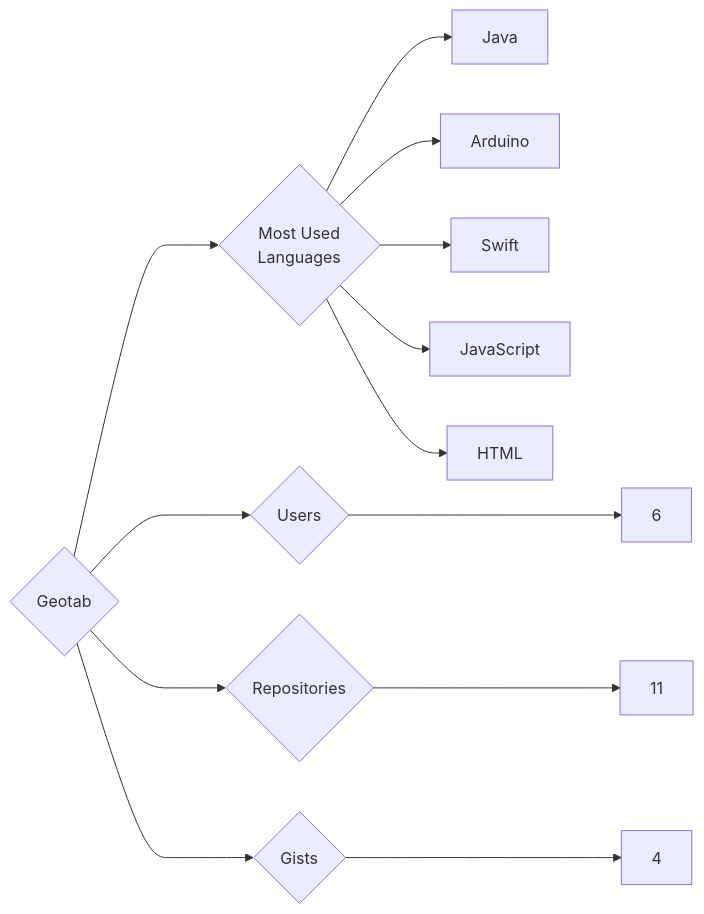
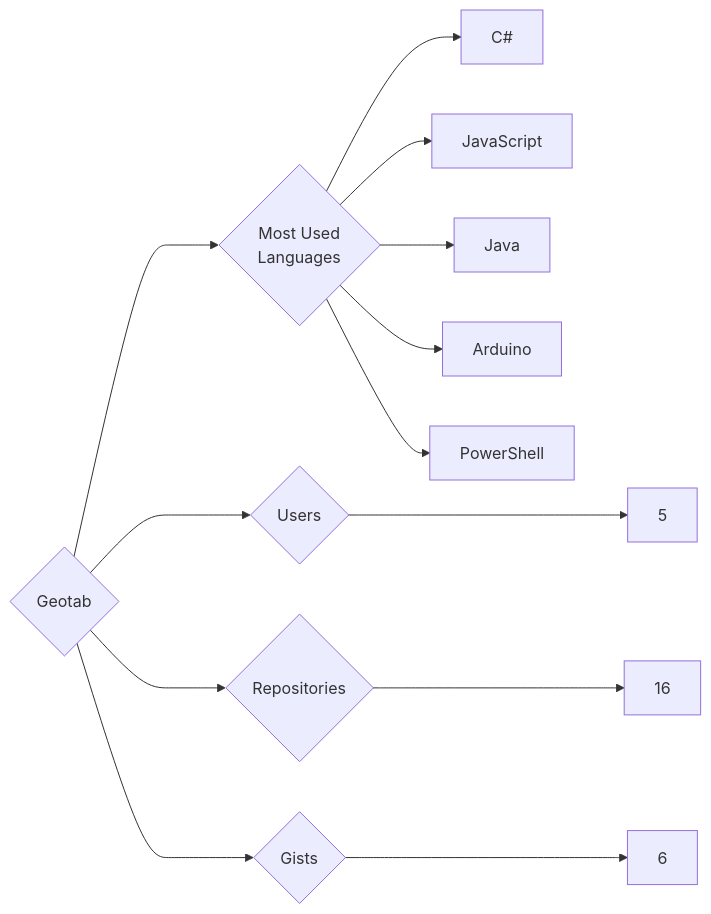
Before and after one commit to trickest/insiders: the diagram in targets/Geotab/README.md, drawn with Mermaid. The commit also changed 1123 other files, not shown here.

````diff
--- a/targets/Geotab/README.md
+++ b/targets/Geotab/README.md
@@ -3,13 +3,13 @@
 ```mermaid
 graph LR
 COMPANY_NAME{Geotab}
-COMPANY_NAME ---> U{Users} ---> UN[6]
-COMPANY_NAME ---> R{Repositories} ---> RN[11]
-COMPANY_NAME ---> G{Gists} ---> GN[4]
+COMPANY_NAME ---> U{Users} ---> UN[5]
+COMPANY_NAME ---> R{Repositories} ---> RN[16]
+COMPANY_NAME ---> G{Gists} ---> GN[6]
 COMPANY_NAME ---> ML{Most Used<br>Languages}
+ML --> C#[C#]
+ML --> JavaScript[JavaScript]
 ML --> Java[Java]
 ML --> Arduino[Arduino]
-ML --> Swift[Swift]
-ML --> JavaScript[JavaScript]
-ML --> HTML[HTML]
+ML --> PowerShell[PowerShell]
 ```
````
